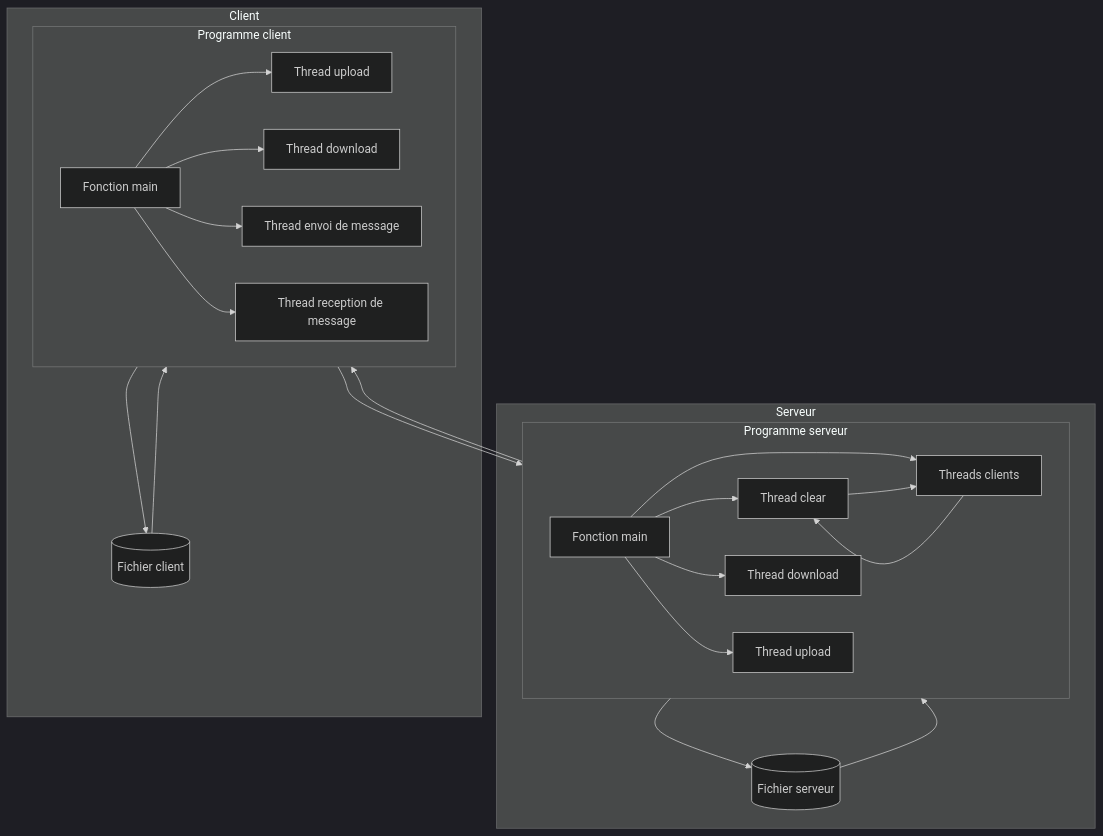
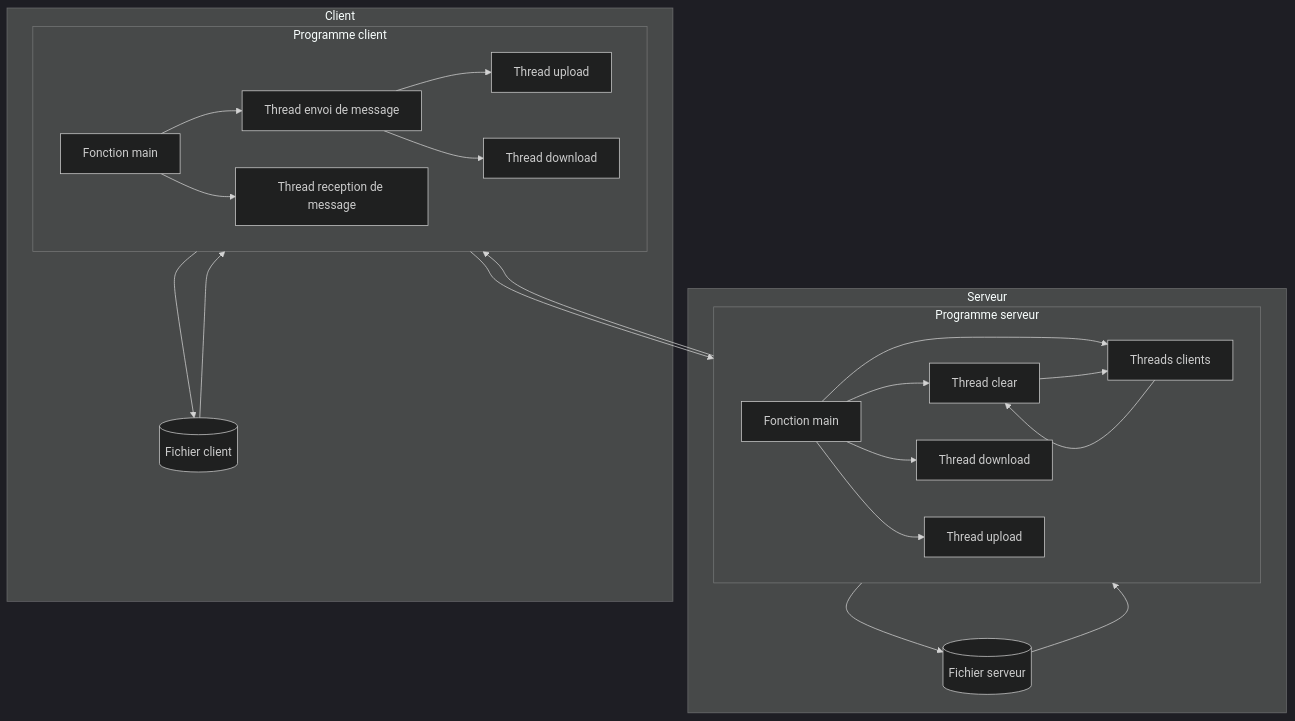
One commit to TAIP25/ig3_projet_far changed the first of 2 diagrams in sprint4/README.md. Above: the diagram before and after it, drawn with Mermaid (dark theme).

Commit message:
Commit final v2

````diff
--- a/sprint4/README.md
+++ b/sprint4/README.md
@@ -90,39 +90,39 @@
 ```mermaid
 flowchart TB
     
     programmeServeur --> programmeclient
     programmeclient --> programmeServeur
     
 
     subgraph Serveur
 
         programmeServeur --> fichierserveur
         fichierserveur --> programmeServeur
         
         subgraph programmeServeur[Programme serveur]
             sThreadClear --> sThreadClient
             sThreadClient --> sThreadClear
             sThreadPrincipal --> sThreadClient[Threads clients]            
             sThreadPrincipal --> sThreadClear[Thread clear]            
             sThreadPrincipal[Fonction main] --> sThreadDownload[Thread download]            
             sThreadPrincipal --> sThreadUpload[Thread upload] 
         end
 
         fichierserveur[(Fichier serveur)]
     end
 
     subgraph Client
 
         programmeclient --> fichierclient
         fichierclient --> programmeclient
 
         subgraph programmeclient[Programme client]
-            cThreadPrincipal[Fonction main] --> cThreadUpload[Thread upload]
-            cThreadPrincipal --> cThreadDownload[Thread download]
-            cThreadPrincipal --> cThreadMSGSend[Thread envoi de message]
+            cThreadMSGSend --> cThreadUpload[Thread upload]
+            cThreadMSGSend --> cThreadDownload[Thread download]
+            cThreadPrincipal[Fonction main] --> cThreadMSGSend[Thread envoi de message]
             cThreadPrincipal --> cThreadMSGReceive[Thread reception de message]
         end
 
         fichierclient[(Fichier client)]
     end
 ```
````
